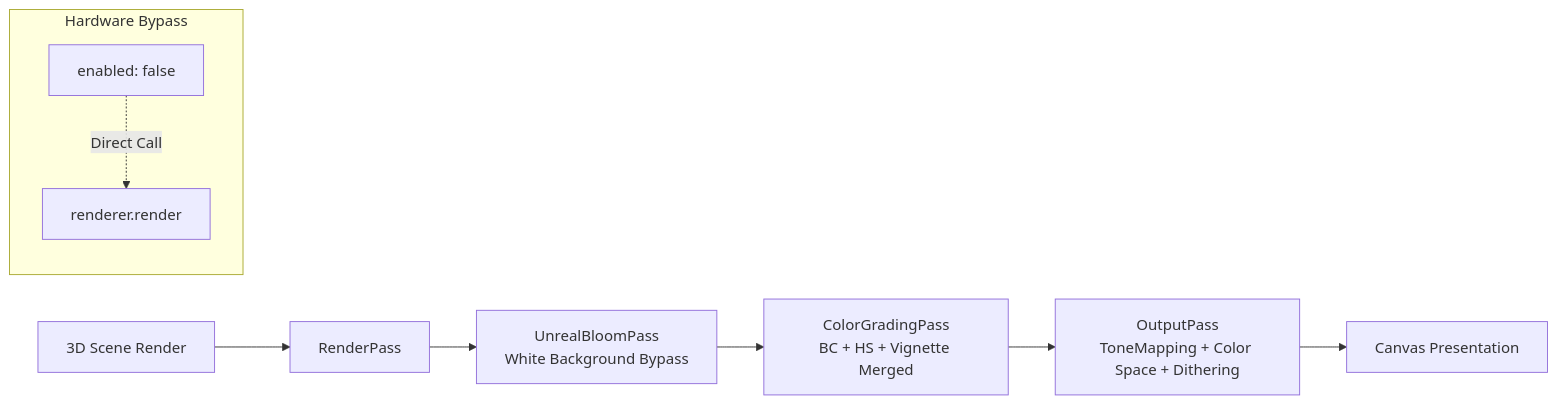
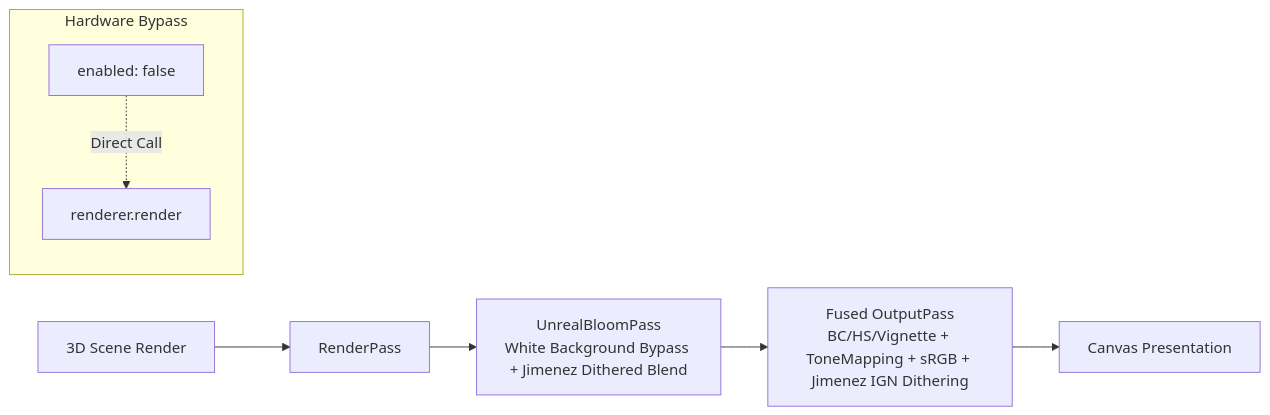
The diagram in docs/POSTFX.md (FireTable/project-xiaochun), drawn with Mermaid before and after one commit. The commit also changed other lines of this file and 7 other files, not shown here.

````diff
--- a/docs/POSTFX.md
+++ b/docs/POSTFX.md
@@ -18,12 +18,11 @@
 ```mermaid
 graph LR
     Scene[3D Scene Render] --> RenderPass
-    RenderPass --> Bloom[UnrealBloomPass<br/>White Background Bypass]
-    Bloom --> Grading[ColorGradingPass<br/>BC + HS + Vignette Merged]
-    Grading --> OutputPass[OutputPass<br/>ToneMapping + Color Space + Dithering]
-    OutputPass --> Screen[Canvas Presentation]
+    RenderPass --> Bloom[UnrealBloomPass<br/>White Background Bypass + Jimenez Dithered Blend]
+    Bloom --> FusedOutput[Fused OutputPass<br/>BC/HS/Vignette + ToneMapping + sRGB + Jimenez IGN Dithering]
+    FusedOutput --> Screen[Canvas Presentation]
 
     subgraph Hardware Bypass
         Bypass[enabled: false] -. Direct Call .-> RawRender[renderer.render]
     end
 ```
````
